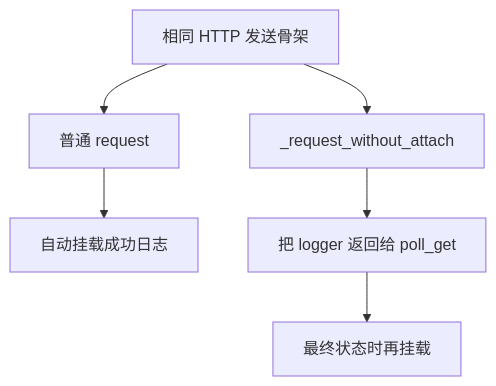
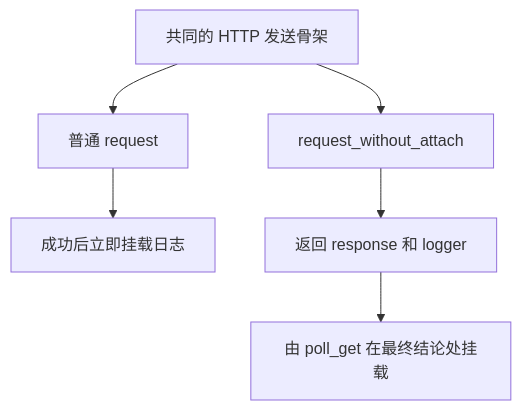
One commit to wjy801/llm_api_case changed the fifth of 20 diagrams in course/DAY01_EVOLUTION_PROBLEM_MAP.md. Above: the diagram before and after it, drawn with Mermaid. The commit also changed other lines of this file, not shown here.

````diff
--- a/course/DAY01_EVOLUTION_PROBLEM_MAP.md
+++ b/course/DAY01_EVOLUTION_PROBLEM_MAP.md
@@ -173,8 +137,8 @@
 ```mermaid
 flowchart TD
-    A[相同 HTTP 发送骨架] --> B[普通 request]
-    A --> C[_request_without_attach]
-    B --> D[自动挂载成功日志]
-    C --> E[把 logger 返回给 poll_get]
-    E --> F[最终状态时再挂载]
+    A["共同的 HTTP 发送骨架"] --> B["普通 request"]
+    A --> C["request_without_attach"]
+    B --> D["成功后立即挂载日志"]
+    C --> E["返回 response 和 logger"]
+    E --> F["由 poll_get 在最终结论处挂载"]
 ```
````
